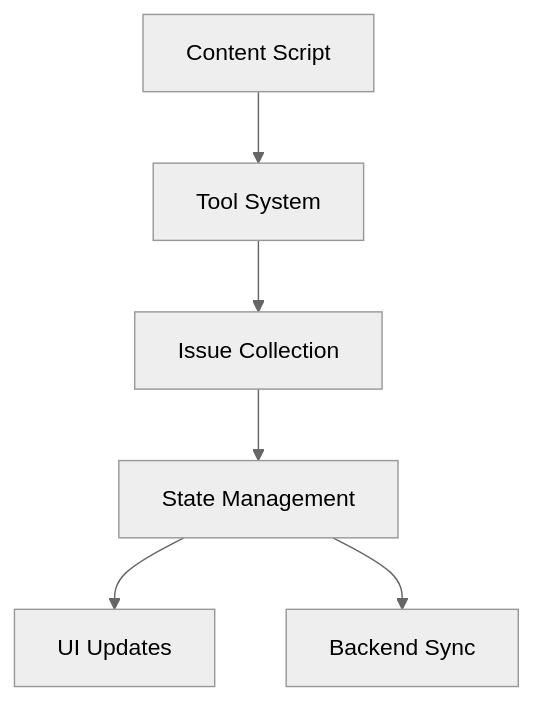
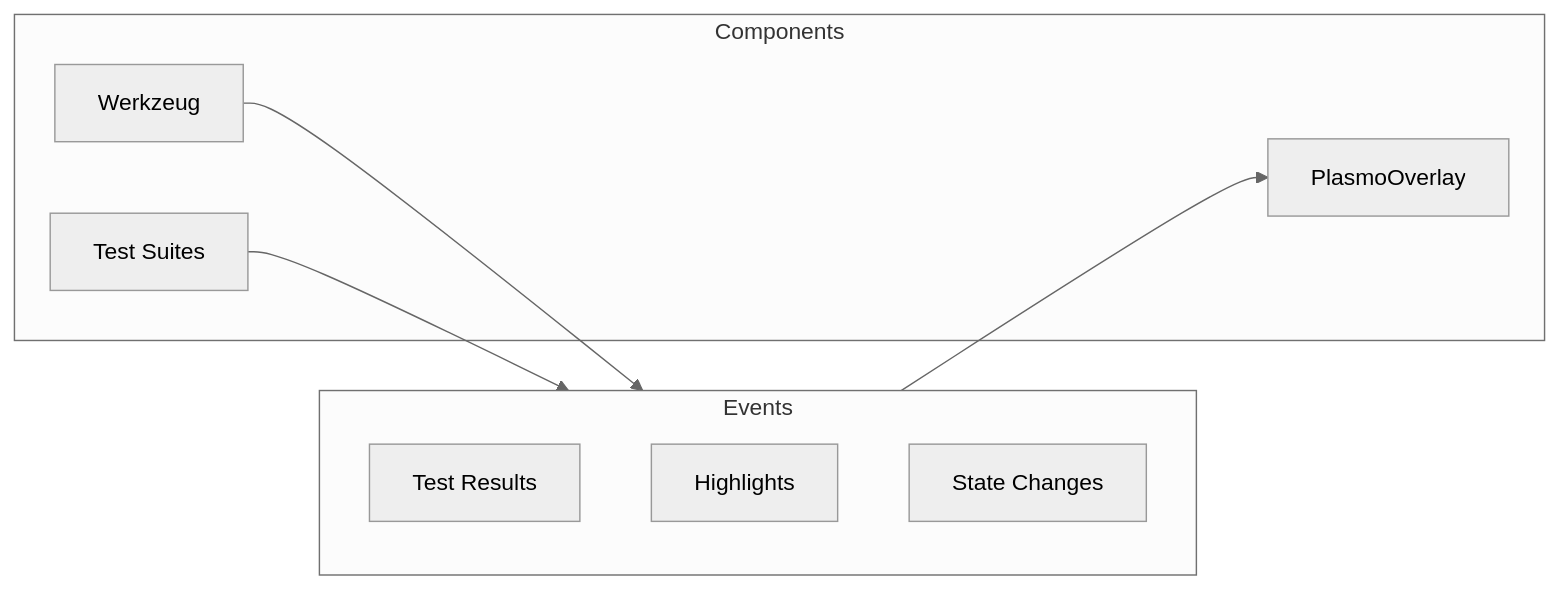
The third of 4 diagrams in apps/allystudio/README.md (AleksejDix/allyship.dev), drawn with Mermaid (neutral theme) before and after one commit. The commit also changed other lines of this file, not shown here.

````diff
--- a/apps/allystudio/README.md
+++ b/apps/allystudio/README.md
@@ -113,8 +103,18 @@
-   ```mermaid
-   graph TD
-     A[Content Script] --> B[Tool System]
-     B --> C[Issue Collection]
-     C --> D[State Management]
-     D --> E[UI Updates]
-     D --> F[Backend Sync]
-   ```
+```mermaid
+flowchart LR
+    subgraph Events
+        TR[Test Results]
+        HL[Highlights]
+        ST[State Changes]
+    end
+
+    subgraph Components
+        W[Werkzeug]
+        PO[PlasmoOverlay]
+        TS[Test Suites]
+    end
+
+    W --> Events
+    Events --> PO
+    TS --> Events
+```
````
